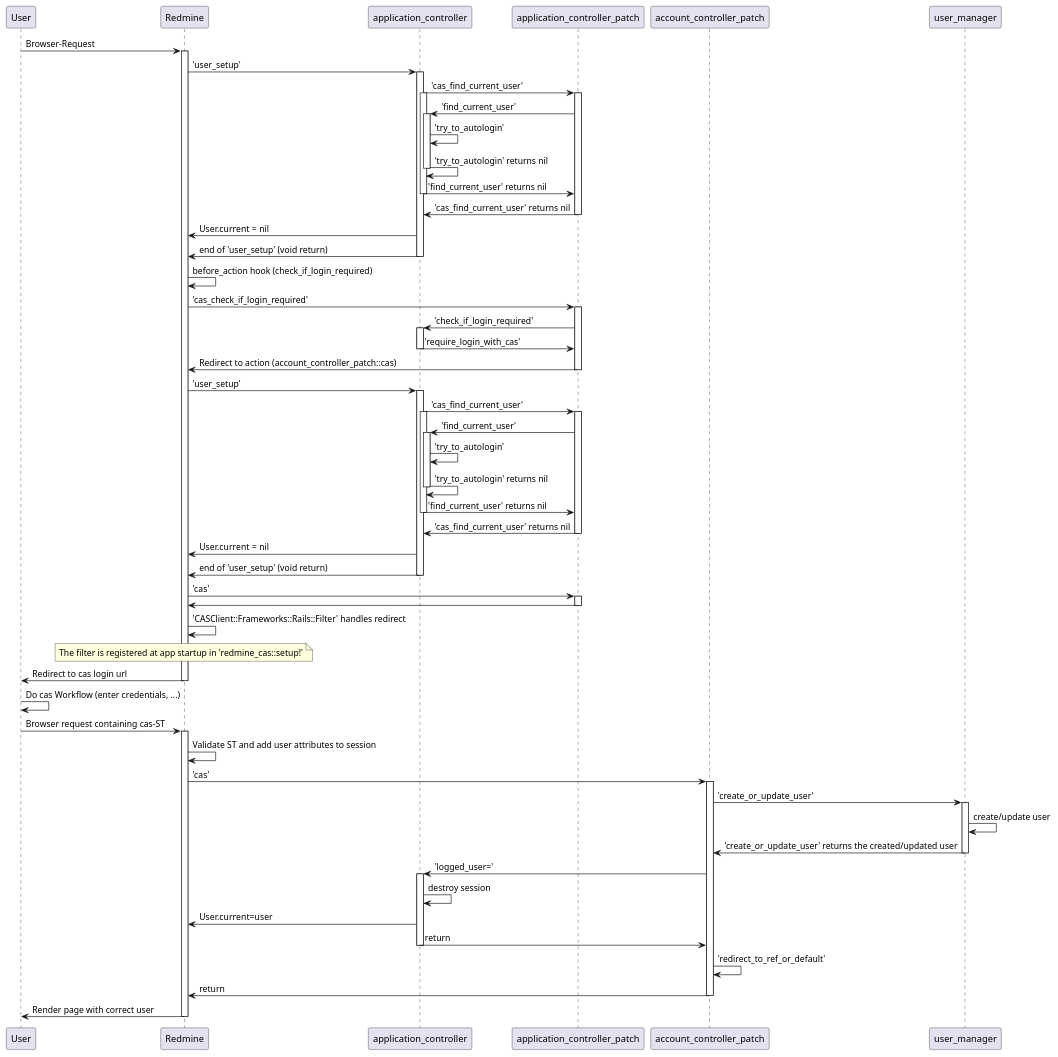
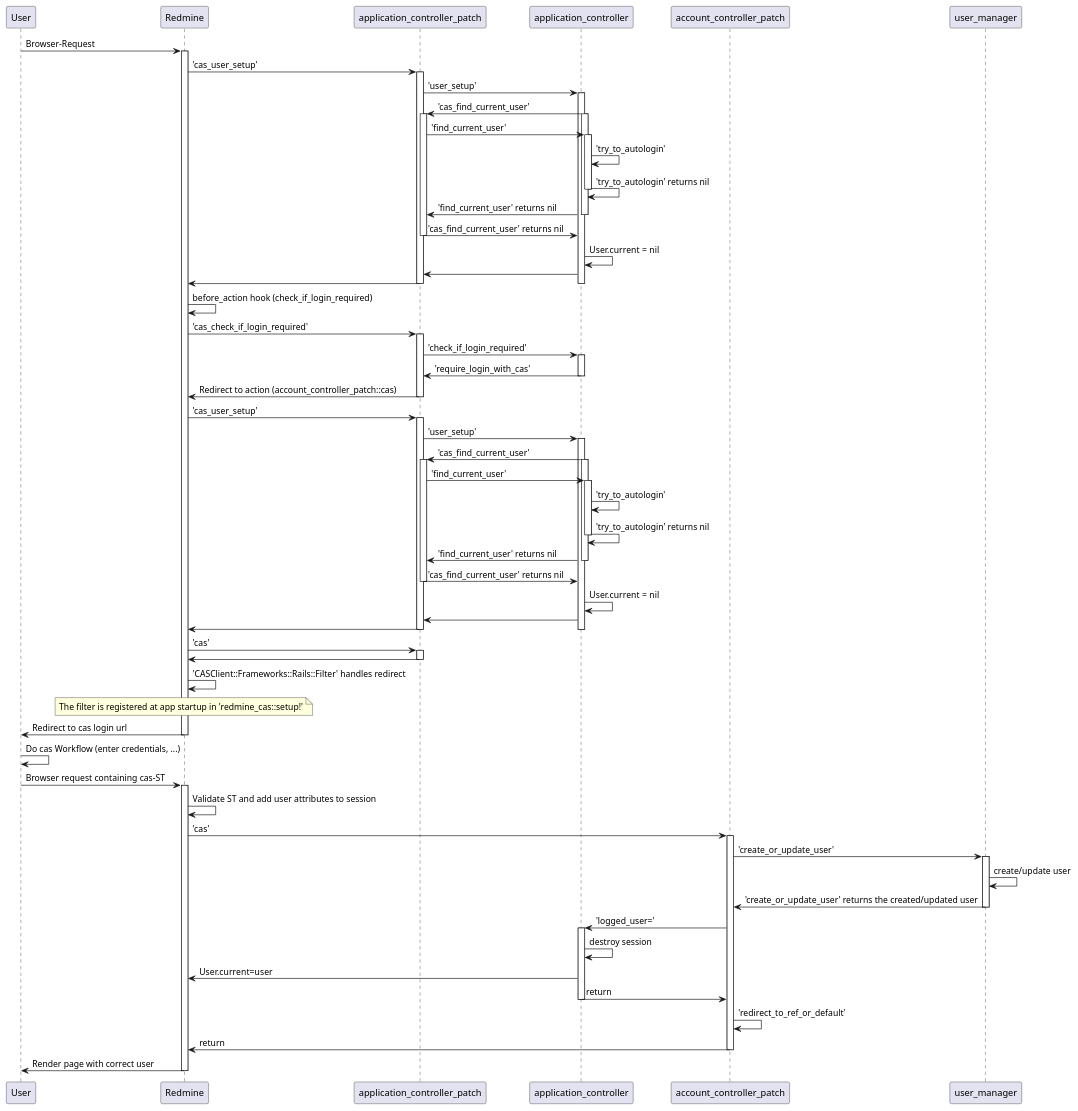
One commit to cloudogu/redmine_cas changed the diagram in docs/development/figures/cas_workflow_ui.puml. Above: the diagram before and after it, drawn with PlantUML. The commit also changed other lines of this file and 1 other file, not shown here.

Commit message:
#21 Update ui workflow in diagram

```diff
--- a/docs/development/figures/cas_workflow_ui.puml
+++ b/docs/development/figures/cas_workflow_ui.puml
@@ -1,77 +1,85 @@
 @startuml
 User -> Redmine : Browser-Request
 activate Redmine
-Redmine -> application_controller : 'user_setup'
+Redmine -> application_controller_patch : 'cas_user_setup'
+activate application_controller_patch
+application_controller_patch -> application_controller : 'user_setup'
 activate application_controller
 application_controller -> application_controller_patch: 'cas_find_current_user'
 activate application_controller_patch
 activate application_controller
 application_controller_patch -> application_controller: 'find_current_user'
 activate application_controller
 application_controller -> application_controller: 'try_to_autologin'
 application_controller -> application_controller: 'try_to_autologin' returns nil
 deactivate application_controller
 application_controller -> application_controller_patch: 'find_current_user' returns nil
 deactivate application_controller
 application_controller_patch -> application_controller: 'cas_find_current_user' returns nil
 deactivate application_controller_patch
-application_controller -> Redmine: User.current = nil
-application_controller -> Redmine: end of 'user_setup' (void return)
+application_controller -> application_controller: User.current = nil
+application_controller -> application_controller_patch
+application_controller_patch -> Redmine
+deactivate application_controller_patch
 deactivate application_controller
 Redmine -> Redmine: before_action hook (check_if_login_required)
 Redmine -> application_controller_patch : 'cas_check_if_login_required'
 activate application_controller_patch
 application_controller_patch -> application_controller : 'check_if_login_required'
 activate application_controller
 application_controller -> application_controller_patch: 'require_login_with_cas'
 deactivate application_controller
 application_controller_patch -> Redmine: Redirect to action (account_controller_patch::cas)
 deactivate application_controller_patch
-Redmine -> application_controller : 'user_setup'
+Redmine -> application_controller_patch : 'cas_user_setup'
+activate application_controller_patch
+application_controller_patch -> application_controller : 'user_setup'
 activate application_controller
 application_controller -> application_controller_patch: 'cas_find_current_user'
 activate application_controller_patch
 activate application_controller
 application_controller_patch -> application_controller: 'find_current_user'
 activate application_controller
 application_controller -> application_controller: 'try_to_autologin'
 application_controller -> application_controller: 'try_to_autologin' returns nil
 deactivate application_controller
 application_controller -> application_controller_patch: 'find_current_user' returns nil
 deactivate application_controller
 application_controller_patch -> application_controller: 'cas_find_current_user' returns nil
 deactivate application_controller_patch
-application_controller -> Redmine: User.current = nil
-application_controller -> Redmine: end of 'user_setup' (void return)
+application_controller -> application_controller: User.current = nil
+application_controller -> application_controller_patch
+application_controller_patch -> Redmine
+deactivate application_controller_patch
 deactivate application_controller
 Redmine -> application_controller_patch: 'cas'
 activate application_controller_patch
 application_controller_patch -> Redmine
 deactivate application_controller_patch
 Redmine -> Redmine: 'CASClient::Frameworks::Rails::Filter' handles redirect
 note over Redmine: The filter is registered at app startup in 'redmine_cas::setup!'
 Redmine -> User: Redirect to cas login url
 deactivate Redmine
 User -> User: Do cas Workflow (enter credentials, ...)
 User -> Redmine: Browser request containing cas-ST
 activate Redmine
 Redmine -> Redmine: Validate ST and add user attributes to session
 Redmine -> account_controller_patch: 'cas'
 activate account_controller_patch
 account_controller_patch -> user_manager: 'create_or_update_user'
 activate user_manager
 user_manager -> user_manager: create/update user
 user_manager -> account_controller_patch: 'create_or_update_user' returns the created/updated user
 deactivate user_manager
 account_controller_patch -> application_controller: 'logged_user='
 activate application_controller
 application_controller -> application_controller: destroy session
 application_controller -> Redmine: User.current=user
 application_controller -> account_controller_patch: return
 deactivate application_controller
 account_controller_patch -> account_controller_patch: 'redirect_to_ref_or_default'
 account_controller_patch -> Redmine: return
 deactivate account_controller_patch
 Redmine -> User: Render page with correct user
 deactivate Redmine
 @enduml
```
